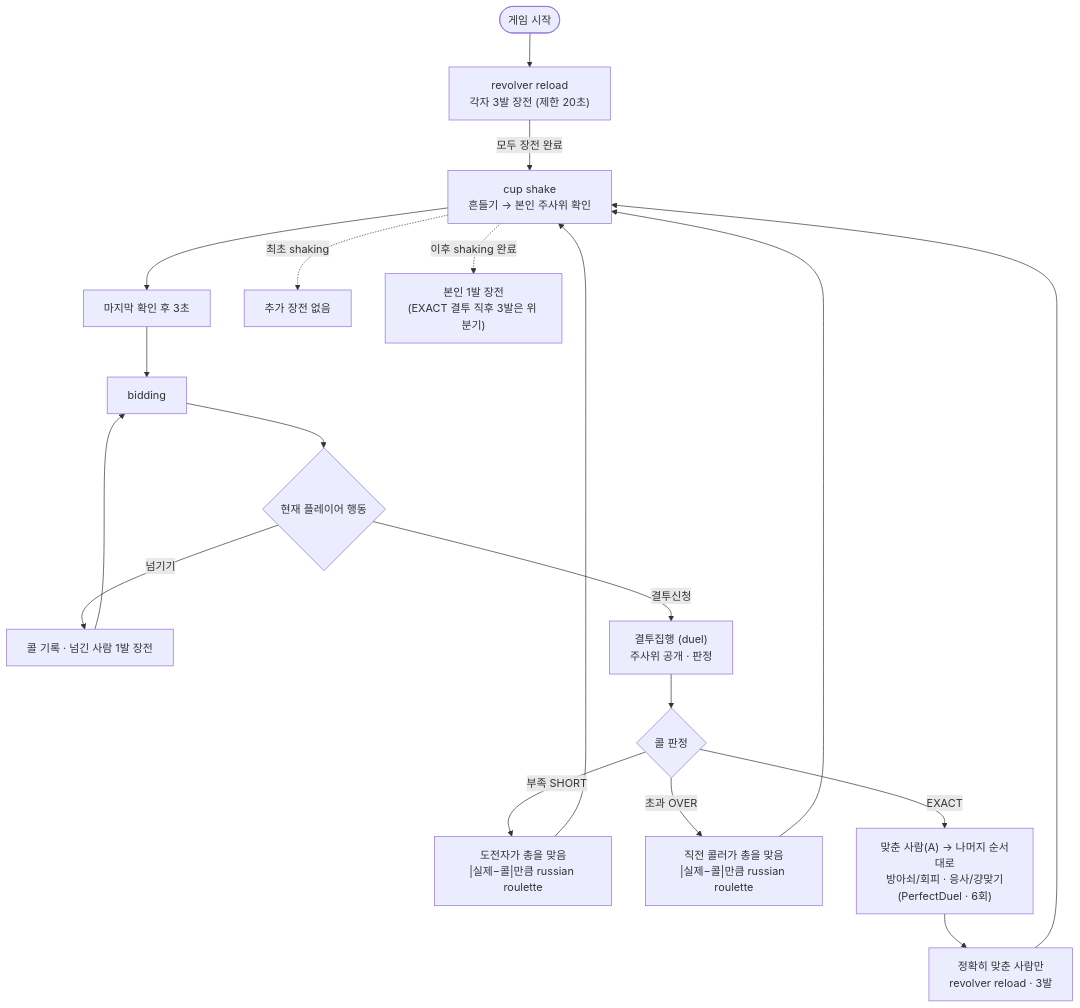
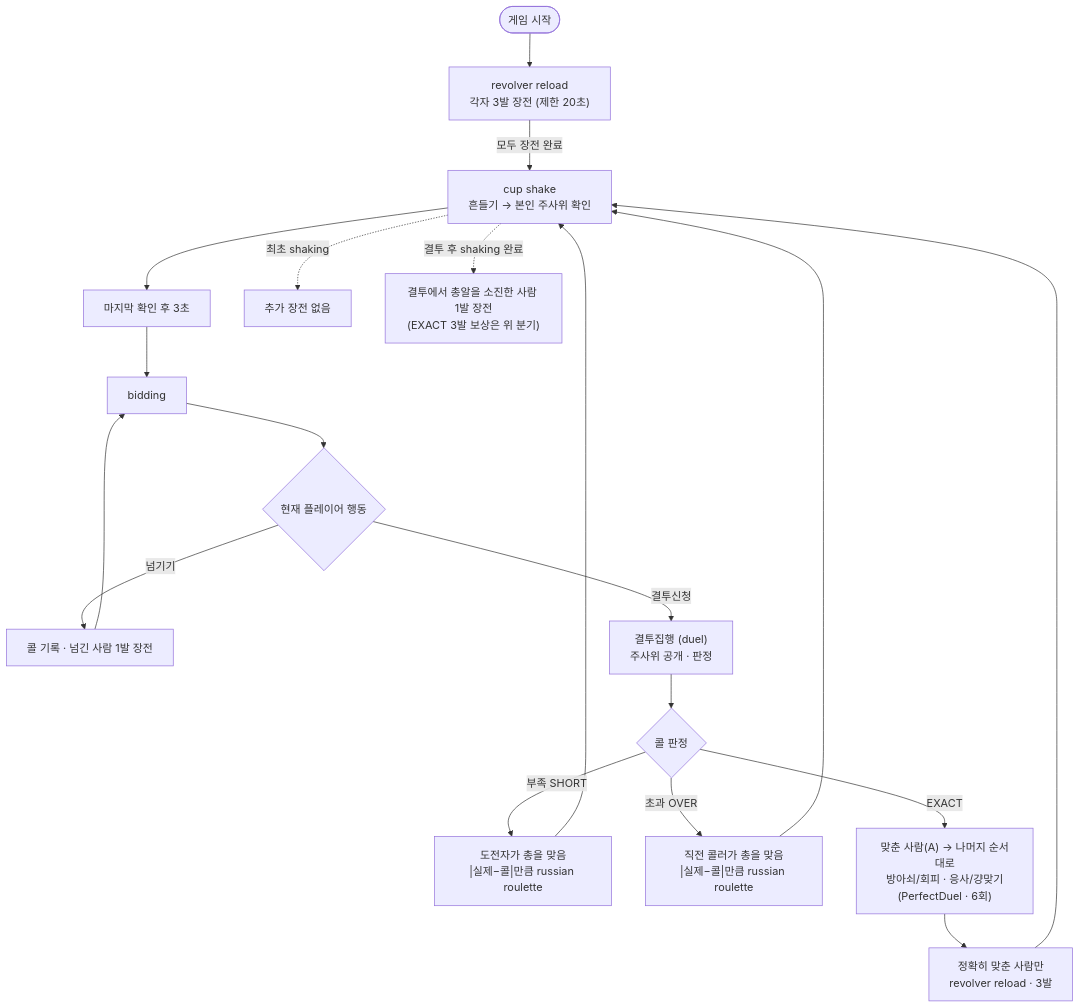
The diagram in play/GAME_RULES.md (deliciouscat/CylinderDicer), drawn with Mermaid before and after one commit. The commit also changed other lines of this file and 54 other files, not shown here.

````diff
--- a/play/GAME_RULES.md
+++ b/play/GAME_RULES.md
@@ -3,28 +3,28 @@
 ```mermaid
 flowchart TD
     Start([게임 시작]) --> Setup["revolver reload<br/>각자 3발 장전 (제한 20초)"]
     Setup -->|모두 장전 완료| Shake["cup shake<br/>흔들기 → 본인 주사위 확인"]
 
     Shake --> Gap["마지막 확인 후 3초"]
     Gap --> Bidding["bidding"]
 
     Bidding --> Action{현재 플레이어 행동}
     Action -->|넘기기| Pass["콜 기록 · 넘긴 사람 1발 장전"]
     Pass --> Bidding
 
     Action -->|결투신청| Duel["결투집행 (duel)<br/>주사위 공개 · 판정"]
     Duel --> Judge{콜 판정}
 
     Judge -->|부족 SHORT| Short["도전자가 총을 맞음<br/>|실제−콜|만큼 russian roulette"]
     Short --> Shake
 
     Judge -->|초과 OVER| Over["직전 콜러가 총을 맞음<br/>|실제−콜|만큼 russian roulette"]
     Over --> Shake
 
     Judge -->|EXACT| Perfect["맞춘 사람(A) → 나머지 순서대로<br/>방아쇠/회피 · 응사/걍맞기<br/>(PerfectDuel · 6회)"]
     Perfect --> Reload3["정확히 맞춘 사람만<br/>revolver reload · 3발"]
     Reload3 --> Shake
 
     Shake -.->|최초 shaking| NoteFirst["추가 장전 없음"]
-    Shake -.->|이후 shaking 완료| NoteLater["본인 1발 장전<br/>(EXACT 결투 직후 3발은 위 분기)"]
+    Shake -.->|결투 후 shaking 완료| NoteLater["결투에서 총알을 소진한 사람 1발 장전<br/>(EXACT 3발 보상은 위 분기)"]
 ```
````
